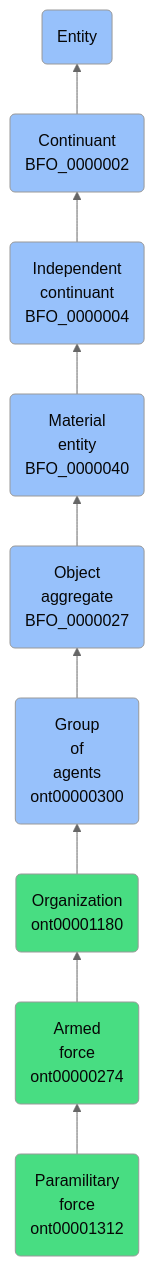
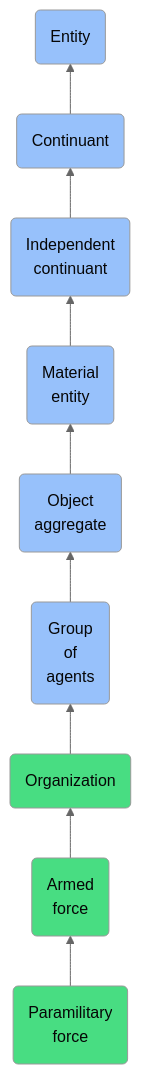
One commit to jupyter-naas/abi changed the diagram in docs/ontology/reference/model/Entity/Continuant/Independent continuant/Material entity/Object aggregate/Group of agents/Organization/Armed force/Paramilitary force/Paramilitary force.md. Above: the diagram before and after it, drawn with Mermaid (neutral theme). The commit also changed other lines of this file and 1430 other files, not shown here.

````diff
--- a/docs/ontology/reference/model/Entity/Continuant/Independent continuant/Material entity/Object aggregate/Group of agents/Organization/Armed force/Paramilitary force/Paramilitary force.md
+++ b/docs/ontology/reference/model/Entity/Continuant/Independent continuant/Material entity/Object aggregate/Group of agents/Organization/Armed force/Paramilitary force/Paramilitary force.md
@@ -24,16 +24,16 @@
 ```mermaid
 graph BT
-    ont00001312(Paramilitary<br>force<br>ont00001312):::ABI-->ont00000274
-    ont00000274(Armed<br>force<br>ont00000274):::ABI-->ont00001180
-    ont00001180(Organization<br>ont00001180):::ABI-->ont00000300
-    ont00000300(Group<br>of<br>agents<br>ont00000300):::BFO-->BFO_0000027
-    BFO_0000027(Object<br>aggregate<br>BFO_0000027):::BFO-->BFO_0000040
-    BFO_0000040(Material<br>entity<br>BFO_0000040):::BFO-->BFO_0000004
-    BFO_0000004(Independent<br>continuant<br>BFO_0000004):::BFO-->BFO_0000002
-    BFO_0000002(Continuant<br>BFO_0000002):::BFO-->BFO_0000001
+    ont00001312(Paramilitary<br>force):::ABI-->ont00000274
+    ont00000274(Armed<br>force):::ABI-->ont00001180
+    ont00001180(Organization):::ABI-->ont00000300
+    ont00000300(Group<br>of<br>agents):::BFO-->BFO_0000027
+    BFO_0000027(Object<br>aggregate):::BFO-->BFO_0000040
+    BFO_0000040(Material<br>entity):::BFO-->BFO_0000004
+    BFO_0000004(Independent<br>continuant):::BFO-->BFO_0000002
+    BFO_0000002(Continuant):::BFO-->BFO_0000001
     BFO_0000001(Entity):::BFO
     
     classDef BFO fill:#97c1fb,color:#060606
     classDef CCO fill:#e4c51e,color:#060606
     classDef ABI fill:#48DD82,color:#060606
 ```
````
